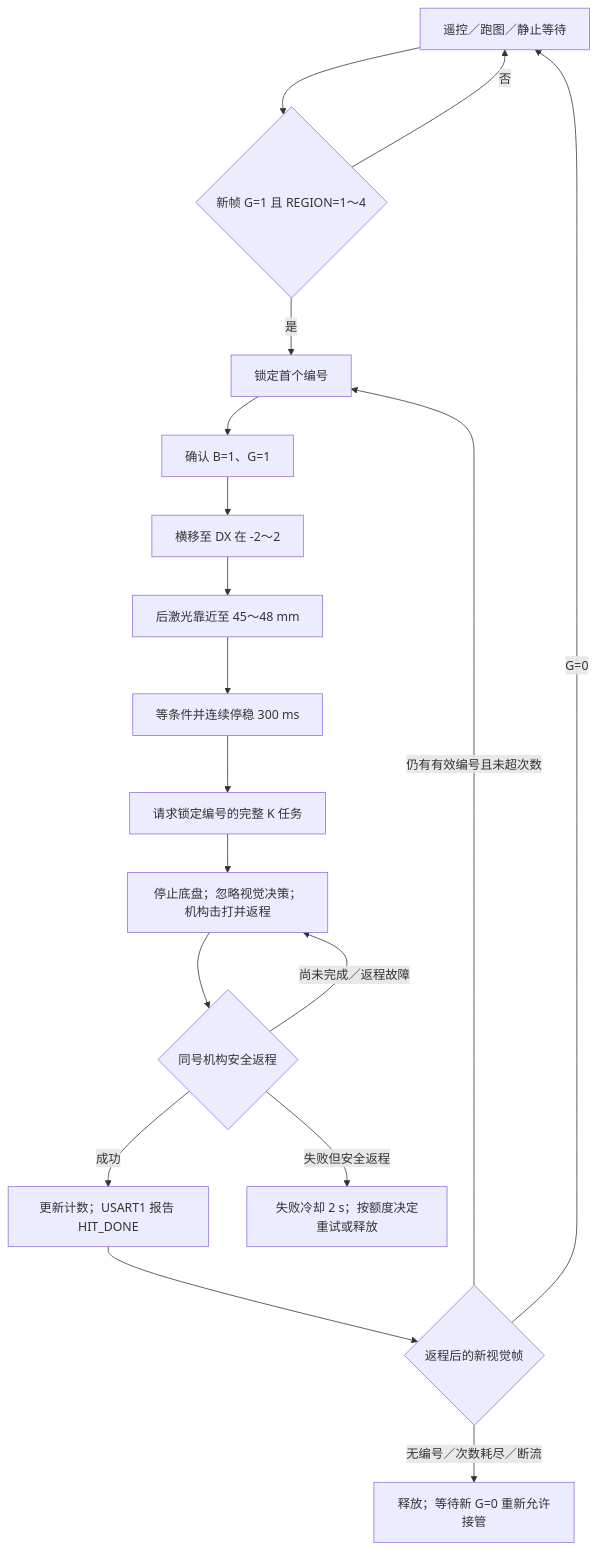
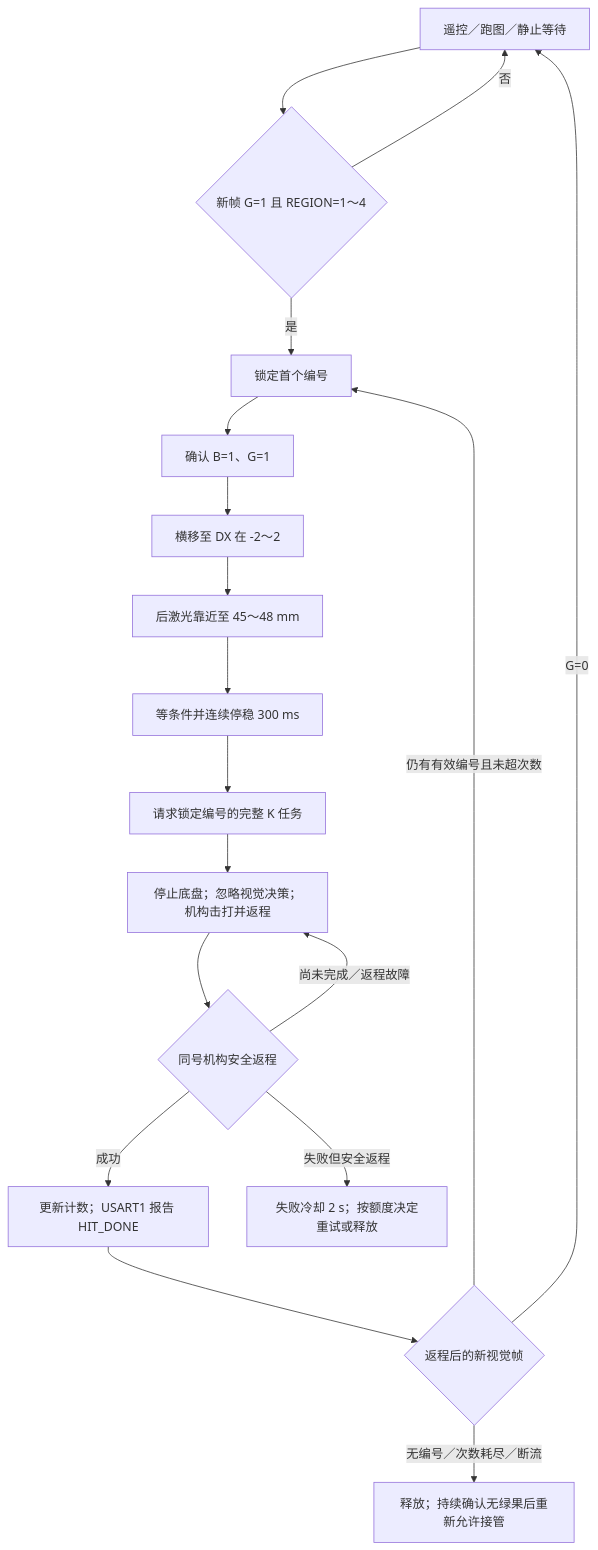
The diagram in docs/视觉控制逻辑.md (BlackSonmjq/C30D), drawn with Mermaid before and after one commit. The commit also changed other lines of this file and 19 other files, not shown here.

````diff
--- a/docs/视觉控制逻辑.md
+++ b/docs/视觉控制逻辑.md
@@ -19,20 +19,20 @@
 ```mermaid
 flowchart TD
     A[遥控／跑图／静止等待] --> B{新帧 G=1 且 REGION=1～4}
     B -- 否 --> A
     B -- 是 --> C[锁定首个编号]
     C --> D[确认 B=1、G=1]
     D --> E[横移至 DX 在 -2～2]
     E --> F[后激光靠近至 45～48 mm]
     F --> H[等条件并连续停稳 300 ms]
     H --> I[请求锁定编号的完整 K 任务]
     I --> J[停止底盘；忽略视觉决策；机构击打并返程]
     J --> K{同号机构安全返程}
     K -- 尚未完成／返程故障 --> J
     K -- 成功 --> L[更新计数；USART1 报告 HIT_DONE]
     L --> M{返程后的新视觉帧}
     M -- G=0 --> A
     M -- 仍有有效编号且未超次数 --> C
-    M -- 无编号／次数耗尽／断流 --> N[释放；等待新 G=0 重新允许接管]
+    M -- 无编号／次数耗尽／断流 --> N[释放；持续确认无绿果后重新允许接管]
     K -- 失败但安全返程 --> O[失败冷却 2 s；按额度决定重试或释放]
 ```
````
